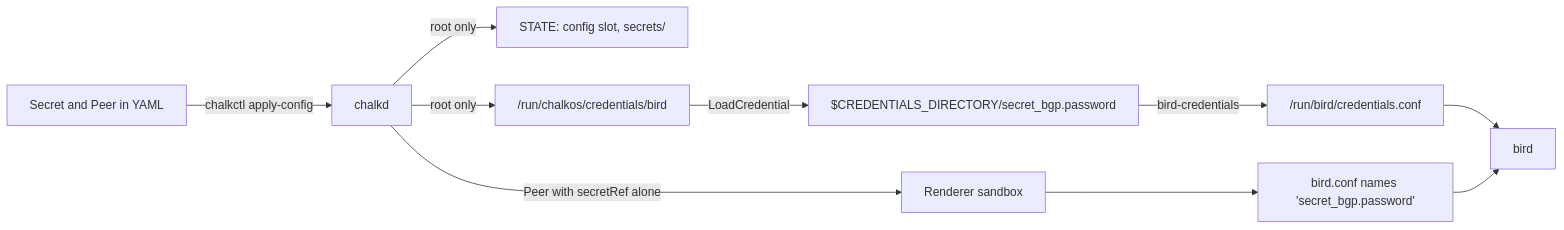
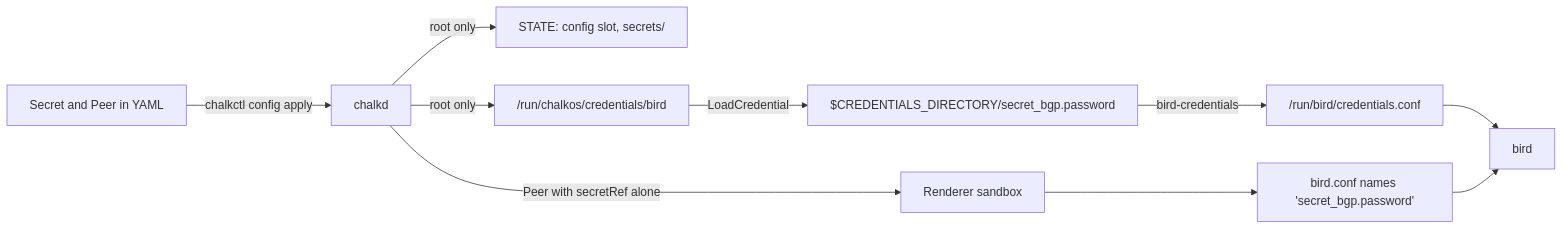
Before and after one commit to trevex/chalkos: the diagram in docs/build/pass-secrets.md, drawn with Mermaid. The commit also changed other lines of this file and 65 other files, not shown here.

First line of the commit message:
docs: find the config commands under chalkctl config

````diff
--- a/docs/build/pass-secrets.md
+++ b/docs/build/pass-secrets.md
@@ -155,12 +155,12 @@
 ```mermaid
 flowchart LR
-    yaml["Secret and Peer in YAML"] -->|chalkctl apply-config| chalkd["chalkd"]
+    yaml["Secret and Peer in YAML"] -->|chalkctl config apply| chalkd["chalkd"]
     chalkd -->|root only| state["STATE: config slot, secrets/"]
     chalkd -->|root only| creds["/run/chalkos/credentials/bird"]
     creds -->|LoadCredential| cd["$CREDENTIALS_DIRECTORY/secret_bgp.password"]
     cd -->|bird-credentials| consts["/run/bird/credentials.conf"]
     chalkd -->|Peer with secretRef alone| render["Renderer sandbox"]
     render --> conf["bird.conf names 'secret_bgp.password'"]
     consts --> bird["bird"]
     conf --> bird
 ```
````
